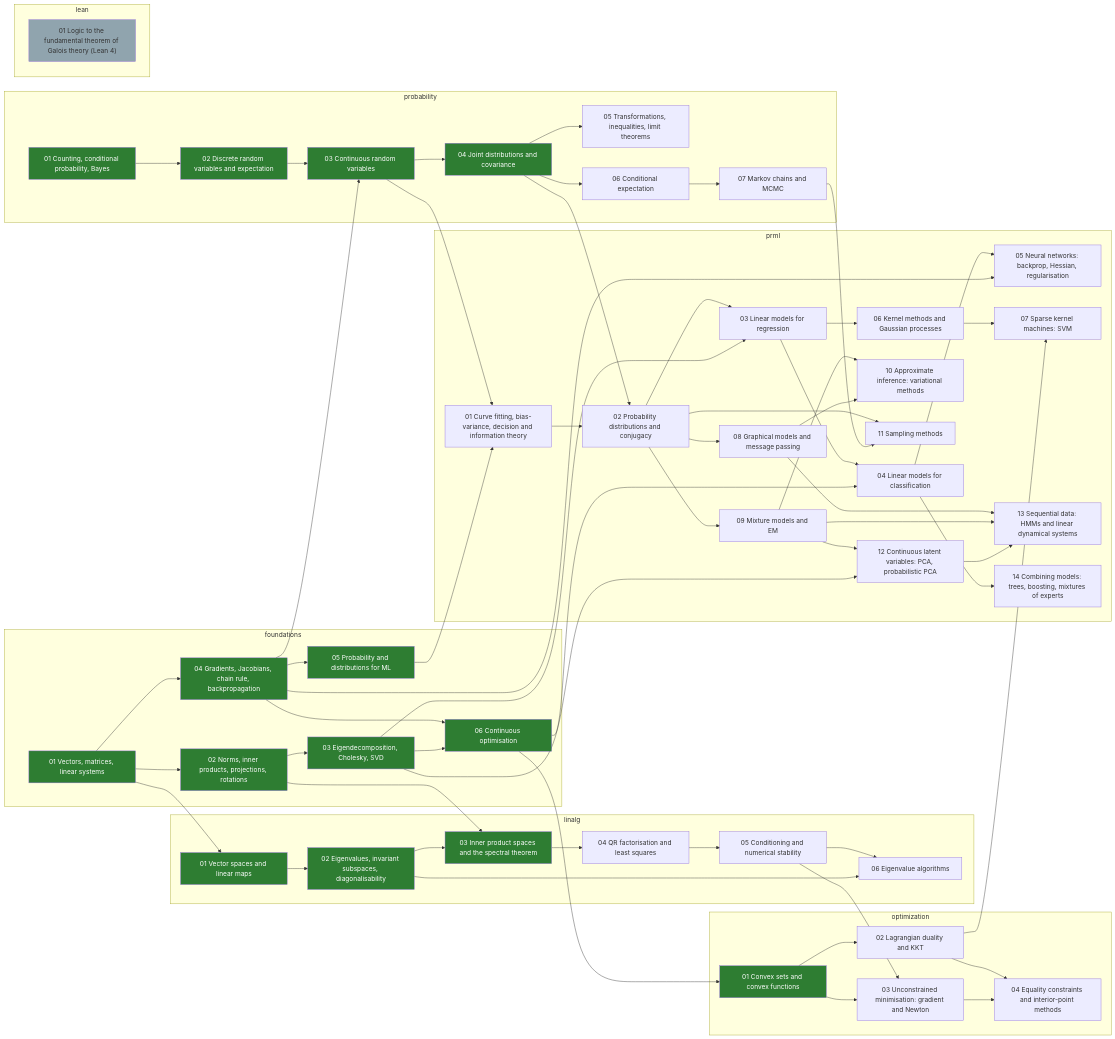
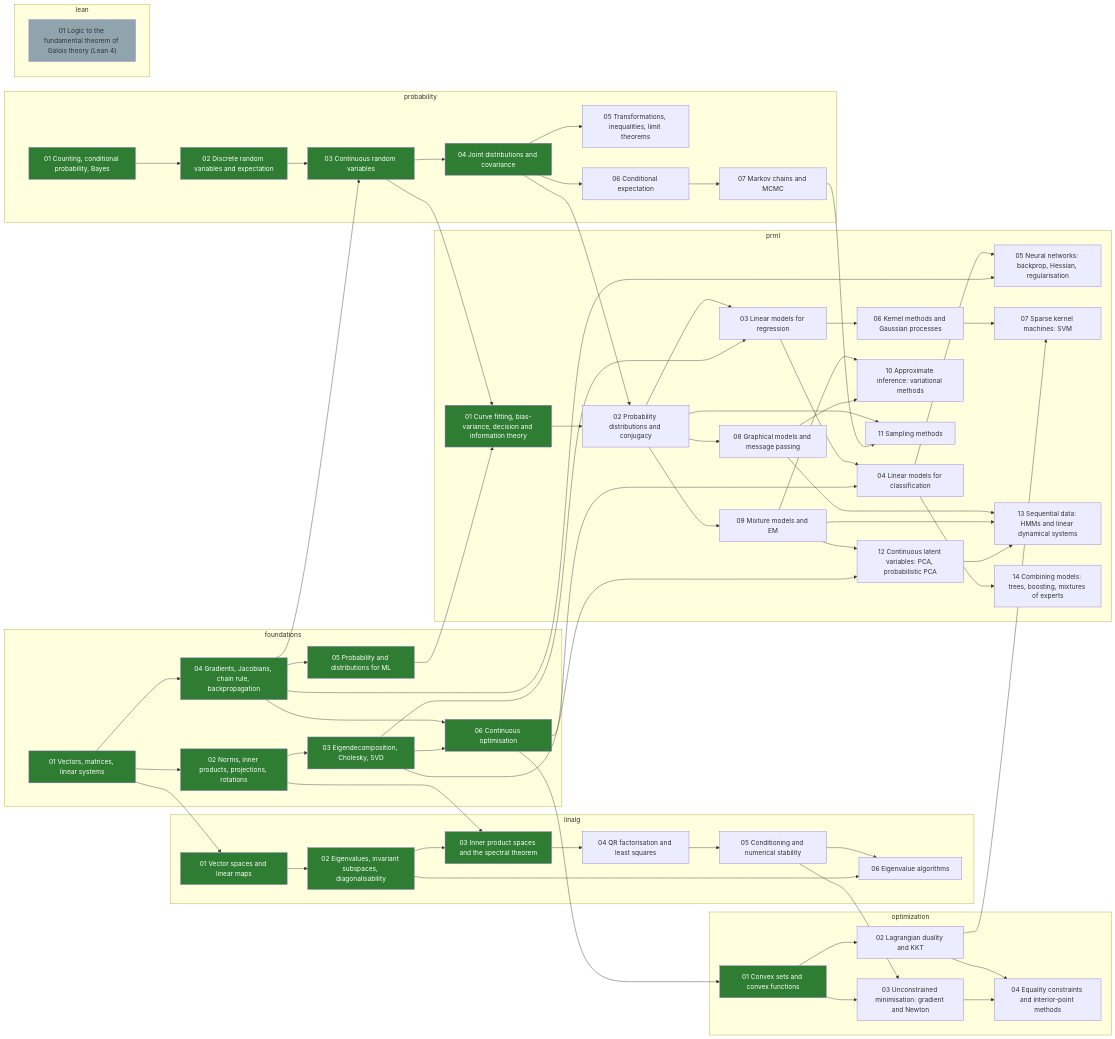
Before and after one commit to alektebel/learn-stuff-from-scratch: the diagram in skill-tree/README.md, drawn with Mermaid. The commit also changed other lines of this file and 8 other files, not shown here.

First line of the commit message:
math: build prml-01-introduction

```diff
--- a/skill-tree/README.md
+++ b/skill-tree/README.md
@@ -101,7 +101,7 @@
     optimization-04-interior-point["04 Equality constraints and interior-point methods"]
   end
   subgraph prml
-    prml-01-introduction["01 Curve fitting, bias-variance, decision and information theory"]
+    prml-01-introduction["01 Curve fitting, bias-variance, decision and information theory"]:::done
     prml-02-distributions["02 Probability distributions and conjugacy"]
     prml-03-linear-regression["03 Linear models for regression"]
     prml-04-linear-classification["04 Linear models for classification"]
```
